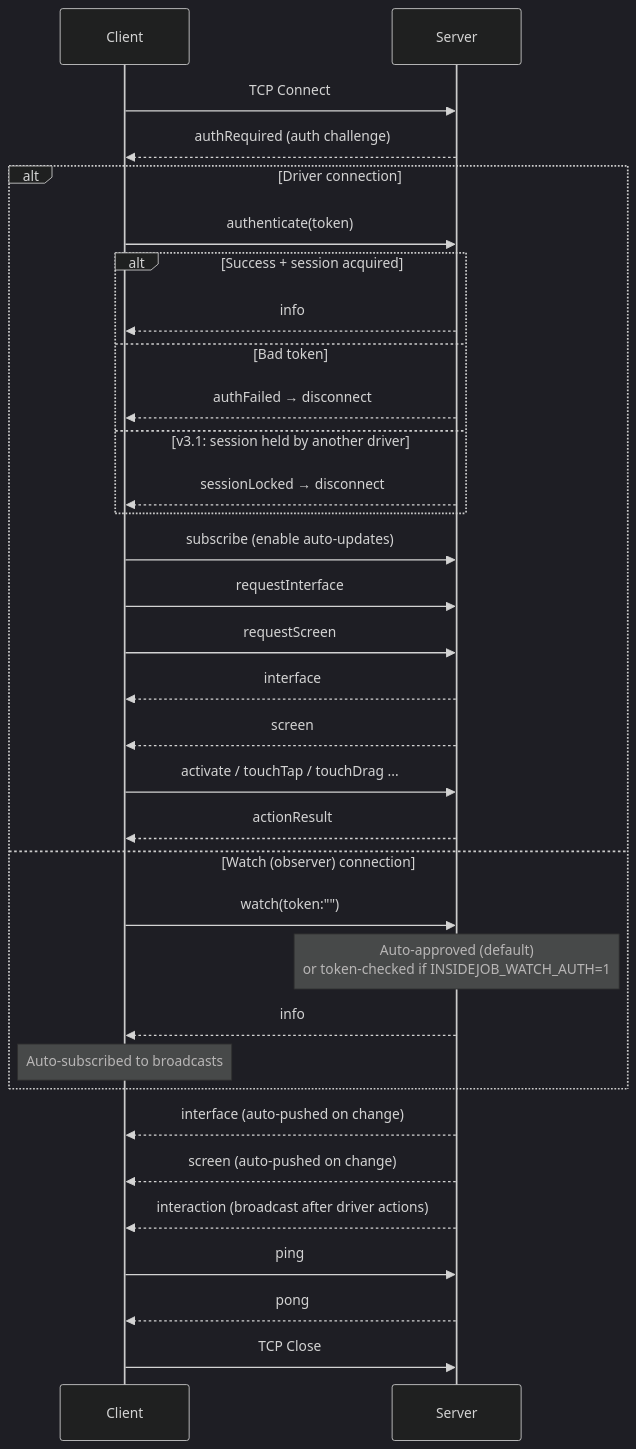
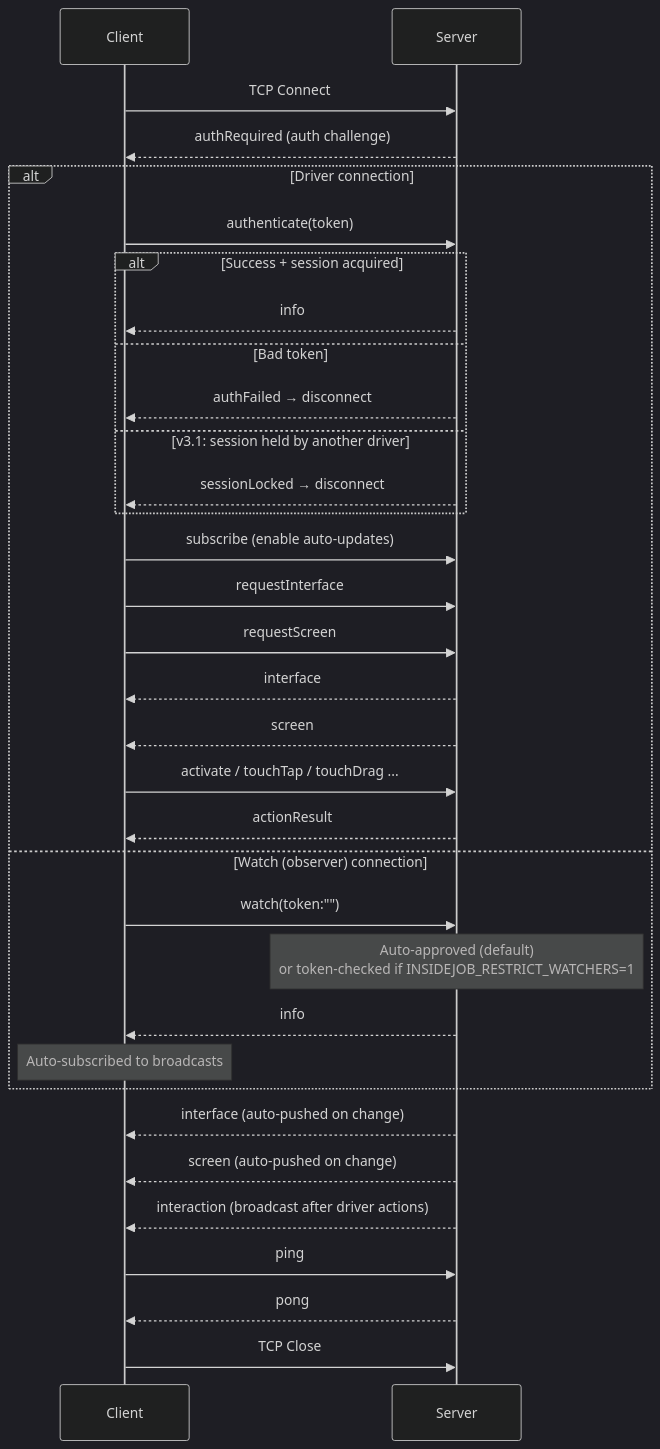
One commit to RoyalPineapple/TheButtonHeist changed the first of 3 diagrams in docs/WIRE-PROTOCOL.md. Above: the diagram before and after it, drawn with Mermaid (dark theme). The commit also changed other lines of this file and 9 other files, not shown here.

````diff
--- a/docs/WIRE-PROTOCOL.md
+++ b/docs/WIRE-PROTOCOL.md
@@ -39,43 +38,43 @@
 ```mermaid
 sequenceDiagram
     participant Client
     participant Server
 
     Client->>Server: TCP Connect
     Server-->>Client: authRequired (auth challenge)
 
     alt Driver connection
         Client->>Server: authenticate(token)
 
         alt Success + session acquired
             Server-->>Client: info
         else Bad token
             Server-->>Client: authFailed → disconnect
         else v3.1: session held by another driver
             Server-->>Client: sessionLocked → disconnect
         end
 
         Client->>Server: subscribe (enable auto-updates)
         Client->>Server: requestInterface
         Client->>Server: requestScreen
         Server-->>Client: interface
         Server-->>Client: screen
 
         Client->>Server: activate / touchTap / touchDrag ...
         Server-->>Client: actionResult
     else Watch (observer) connection
         Client->>Server: watch(token:"")
-        Note over Server: Auto-approved (default)<br>or token-checked if INSIDEJOB_WATCH_AUTH=1
+        Note over Server: Auto-approved (default)<br>or token-checked if INSIDEJOB_RESTRICT_WATCHERS=1
         Server-->>Client: info
         Note over Client: Auto-subscribed to broadcasts
     end
 
     Server-->>Client: interface (auto-pushed on change)
     Server-->>Client: screen (auto-pushed on change)
     Server-->>Client: interaction (broadcast after driver actions)
 
     Client->>Server: ping
     Server-->>Client: pong
 
     Client->>Server: TCP Close
 ```
````
